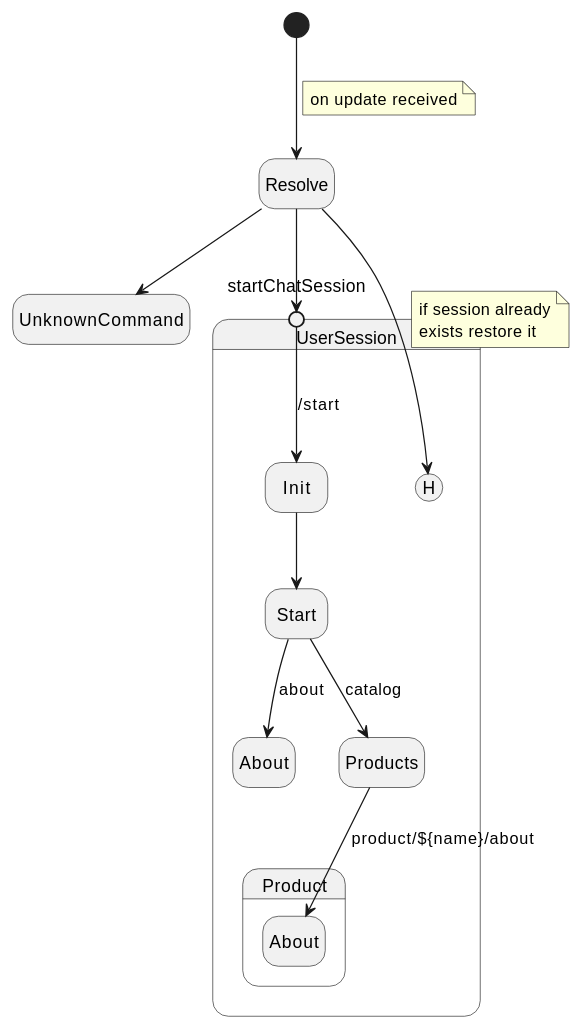
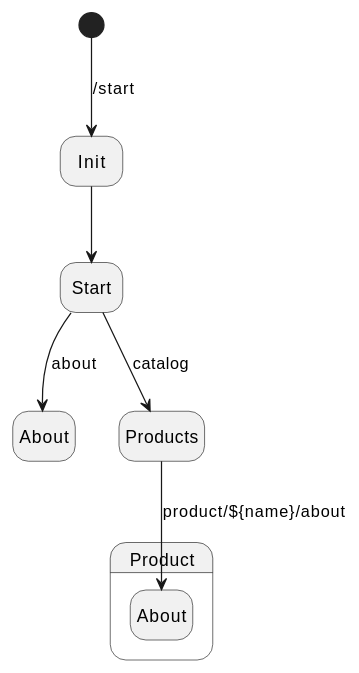
Before and after one commit to ViktorShchukin/shopbot: the diagram in doc/botFsmDiagram.md, drawn with PlantUML. The commit also changed 42 other files, not shown here.

````diff
--- a/doc/botFsmDiagram.md
+++ b/doc/botFsmDiagram.md
@@ -2,29 +2,30 @@
 ```plantuml
 hide empty description
 
-state anyUpdate <<start>>
+state start <<start>>
 
-state Resolve
-state UnknownCommand
+'state Resolve
+'state UnknownCommand
 
-state UserSession {
-    state startChatSession <<entrypoint>>
-    state history <<history>>
+'state UserSession {
+
+    'state startChatSession <<entrypoint>>
+    'state history <<history>>
     
-    startChatSession --> Init : /start
+    start --> Init : /start
     Init --> Start
     Start --> About : about
     Start --> Products : catalog
     Products --> Product.About : product/${name}/about
-}
+'}
 
-anyUpdate --> Resolve
-note on link: on update received 
+'anyUpdate --> Resolve
+'note on link: on update received 
 
-Resolve --> startChatSession
-Resolve --> UnknownCommand
-Resolve --> history
-note on link: if session already\nexists restore it
+'Resolve --> startChatSession
+'Resolve --> UnknownCommand
+'Resolve --> history
+'note on link: if session already\nexists restore it
 
 
 ```
````
